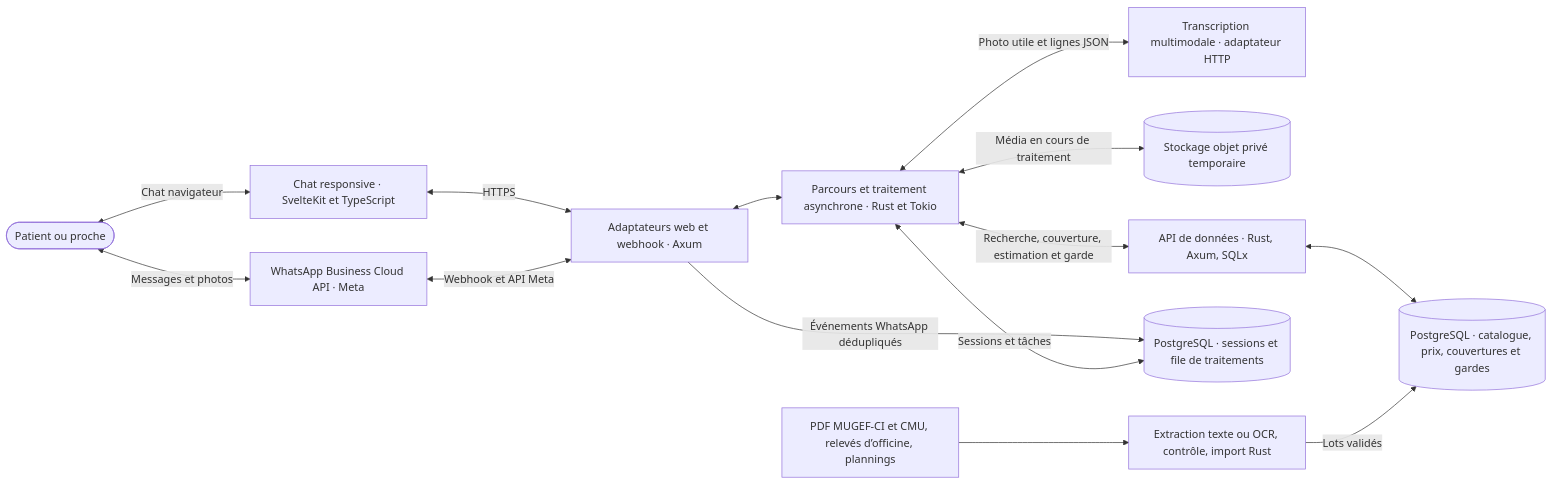
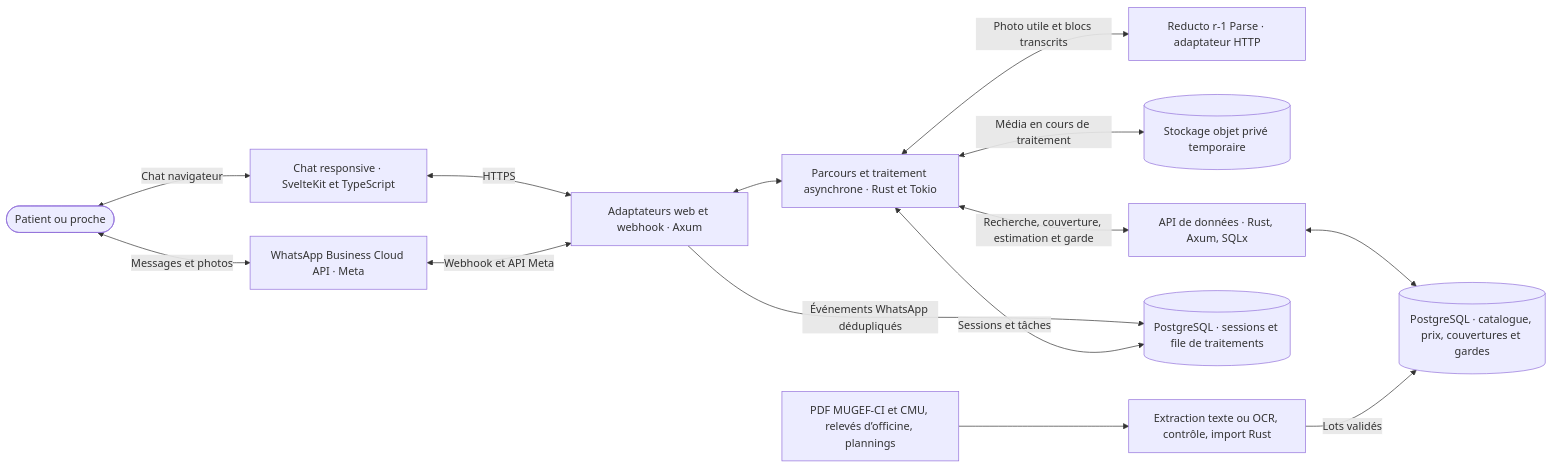
Before and after one commit to IS2aC/hey-doc: the diagram in archi/01-architecture-fonctionnelle.md, drawn with Mermaid. The commit also changed 12 other files, not shown here.

````diff
--- a/archi/01-architecture-fonctionnelle.md
+++ b/archi/01-architecture-fonctionnelle.md
@@ -5,29 +5,29 @@
 ```mermaid
 flowchart LR
     patient(["Patient ou proche"])
     web["Chat responsive · SvelteKit et TypeScript"]
     whatsapp["WhatsApp Business Cloud API · Meta"]
     adapter["Adaptateurs web et webhook · Axum"]
     conversation["Parcours et traitement asynchrone · Rust et Tokio"]
-    vision["Transcription multimodale · adaptateur HTTP"]
+    vision["Reducto r-1 Parse · adaptateur HTTP"]
     media[("Stockage objet privé temporaire")]
     api["API de données · Rust, Axum, SQLx"]
     db[("PostgreSQL · catalogue, prix, couvertures et gardes")]
     jobs[("PostgreSQL · sessions et file de traitements")]
     sources["PDF MUGEF-CI et CMU, relevés d’officine, plannings"]
     importData["Extraction texte ou OCR, contrôle, import Rust"]
 
     patient <-->|"Chat navigateur"| web
     patient <-->|"Messages et photos"| whatsapp
     web <-->|"HTTPS"| adapter
     whatsapp <-->|"Webhook et API Meta"| adapter
     adapter <--> conversation
     adapter -->|"Événements WhatsApp dédupliqués"| jobs
     conversation <-->|"Sessions et tâches"| jobs
     conversation <-->|"Média en cours de traitement"| media
-    conversation <-->|"Photo utile et lignes JSON"| vision
+    conversation <-->|"Photo utile et blocs transcrits"| vision
     conversation <-->|"Recherche, couverture, estimation et garde"| api
     api <--> db
     sources --> importData
     importData -->|"Lots validés"| db
 ```
````
